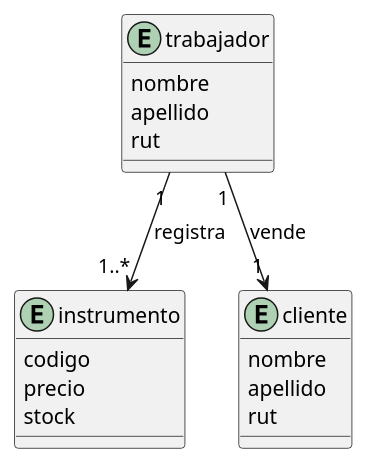
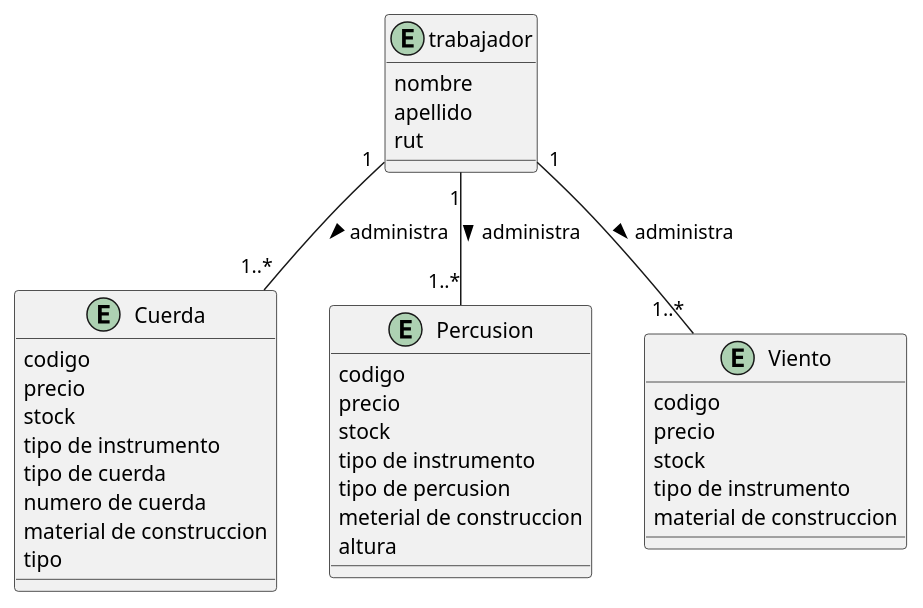
The diagram in Taller3/src/cl/disc/pa/taller/ModeloDelDominio.puml (Deiviidsito/Taller-3), drawn with PlantUML before and after one commit. The commit also changed 1 other file, not shown here.

Commit message:
Taller 3 - Modelo del dominio y Diagrama de clases [Listos]

```diff
--- a/Taller3/src/cl/disc/pa/taller/ModeloDelDominio.puml
+++ b/Taller3/src/cl/disc/pa/taller/ModeloDelDominio.puml
@@ -1,24 +1,40 @@
 @startuml
 'https://plantuml.com/sequence-diagram
 
-entity instrumento{
+entity Cuerda{
 codigo
 precio
 stock
+tipo de instrumento
+tipo de cuerda
+numero de cuerda
+material de construccion
+tipo
+}
+entity Percusion{
+codigo
+precio
+stock
+tipo de instrumento
+tipo de percusion
+meterial de construccion
+altura
+}
+entity Viento{
+codigo
+precio
+stock
+tipo de instrumento
+material de construccion
 }
 
 entity trabajador{
 nombre
 apellido
 rut
 }
 
-entity cliente{
-nombre
-apellido
-rut
-}
-
-trabajador "1" --> "1..*" instrumento : registra
-trabajador "1" --> "1" cliente : vende
+trabajador "1" -- "1..*" Cuerda : administra >
+trabajador "1" -- "1..*" Percusion : administra >
+trabajador "1" -- "1..*" Viento : administra >
 @enduml
```
